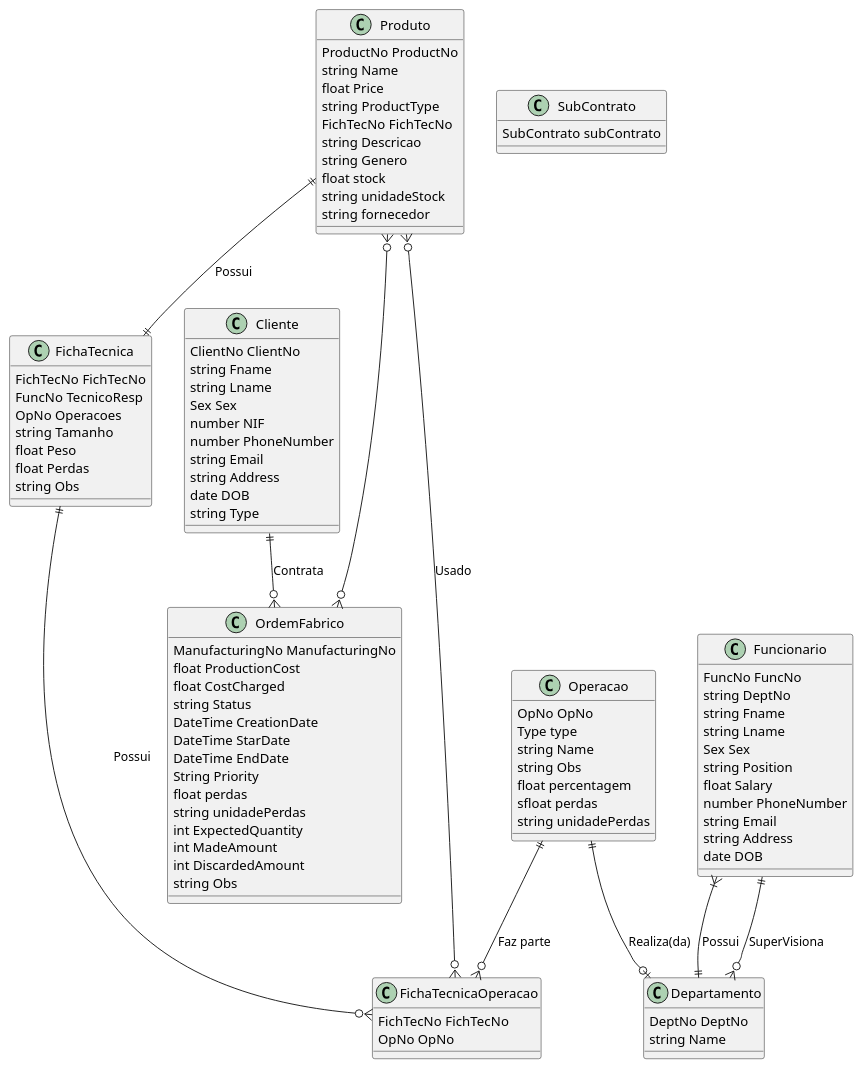
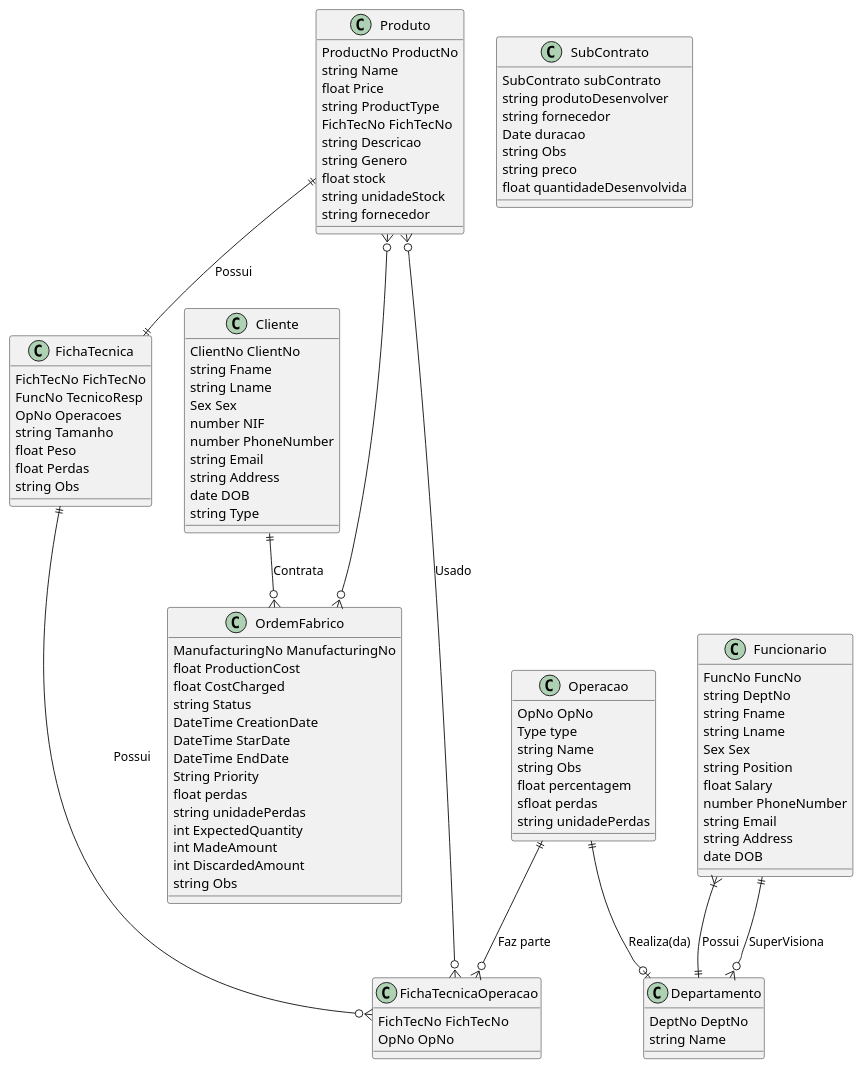
The diagram in TabelasAtributos/Atributos1_2.plantuml (Arturito2005/TrabalhoBD), drawn with PlantUML before and after one commit.

```diff
--- a/TabelasAtributos/Atributos1_2.plantuml
+++ b/TabelasAtributos/Atributos1_2.plantuml
@@ -79,10 +79,10 @@
 class FichaTecnica {
     FichTecNo FichTecNo
     FuncNo TecnicoResp 
-    OpNo Operacoes 
-    string Tamanho 
+    OpNo Operacoes
+    string Tamanho
     float Peso
-    float Perdas 
+    float Perdas
     string Obs
 }
 
@@ -110,8 +110,18 @@
     string unidadePerdas
 }
 
+/'
+Se a fabrica embia materiais para eles, 
+deve ter um campo para isso.
+'/
 class SubContrato {
     SubContrato subContrato
+    string produtoDesenvolver
+    string fornecedor 
+    Date duracao
+    string Obs
+    string preco
+    float quantidadeDesenvolvida
 }
 
 
```
